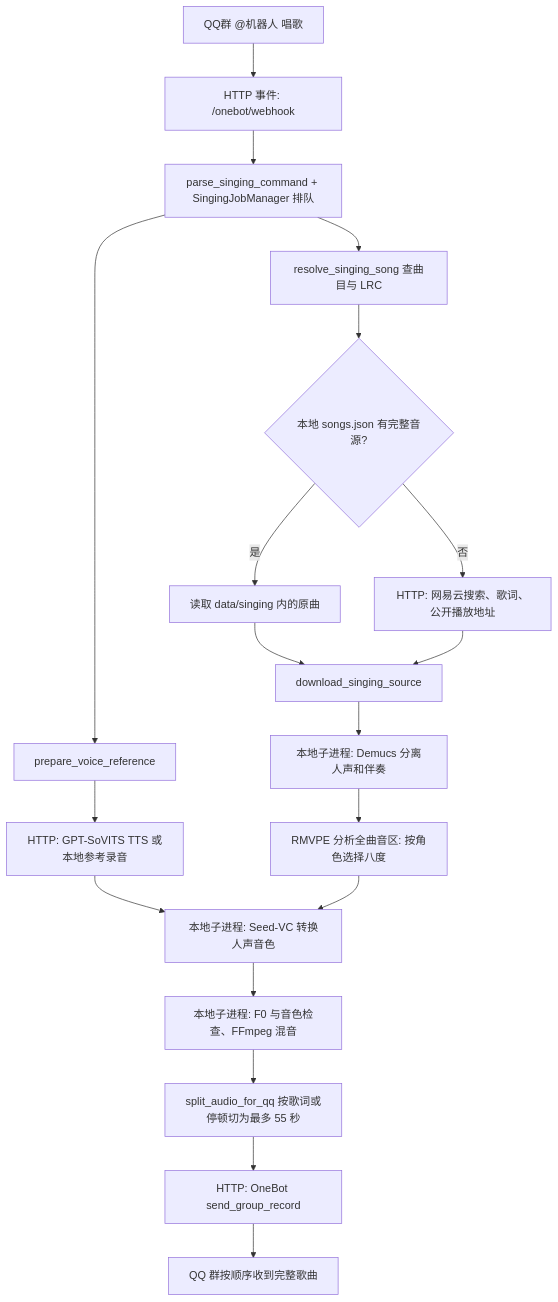
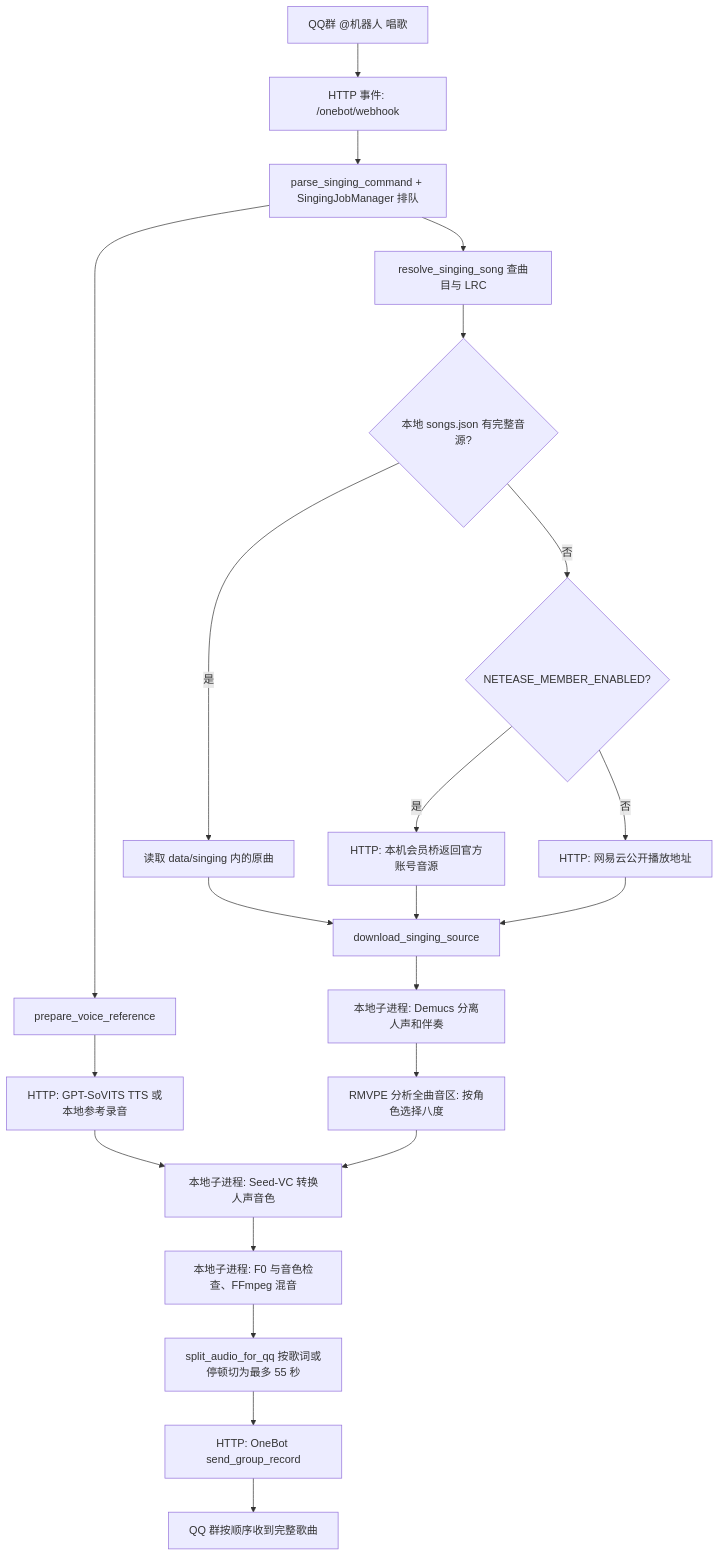
One commit to jiuxiansheng1111/qq-chat-robot changed the diagram in docs/SINGING.md. Above: the diagram before and after it, drawn with Mermaid. The commit also changed other lines of this file and 19 other files, not shown here.

````diff
--- a/docs/SINGING.md
+++ b/docs/SINGING.md
@@ -9,21 +9,24 @@
 ```mermaid
 flowchart TD
     A[QQ群 @机器人 唱歌] --> B[HTTP 事件: /onebot/webhook]
     B --> C[parse_singing_command + SingingJobManager 排队]
     C --> D[resolve_singing_song 查曲目与 LRC]
     D --> E{本地 songs.json 有完整音源?}
     E -- 是 --> F[读取 data/singing 内的原曲]
-    E -- 否 --> G[HTTP: 网易云搜索、歌词、公开播放地址]
-    F --> H[download_singing_source]
-    G --> H
-    C --> I[prepare_voice_reference]
-    I --> J[HTTP: GPT-SoVITS TTS 或本地参考录音]
-    H --> K[本地子进程: Demucs 分离人声和伴奏]
-    J --> L[本地子进程: Seed-VC 转换人声音色]
-    K --> Q[RMVPE 分析全曲音区: 按角色选择八度]
-    Q --> L
-    L --> M[本地子进程: F0 与音色检查、FFmpeg 混音]
-    M --> N[split_audio_for_qq 按歌词或停顿切为最多 55 秒]
-    N --> O[HTTP: OneBot send_group_record]
-    O --> P[QQ 群按顺序收到完整歌曲]
+    E -- 否 --> G{NETEASE_MEMBER_ENABLED?}
+    G -- 是 --> H[HTTP: 本机会员桥返回官方账号音源]
+    G -- 否 --> I[HTTP: 网易云公开播放地址]
+    F --> J[download_singing_source]
+    H --> J
+    I --> J
+    C --> K[prepare_voice_reference]
+    K --> L[HTTP: GPT-SoVITS TTS 或本地参考录音]
+    J --> M[本地子进程: Demucs 分离人声和伴奏]
+    L --> N[本地子进程: Seed-VC 转换人声音色]
+    M --> Q[RMVPE 分析全曲音区: 按角色选择八度]
+    Q --> N
+    N --> O[本地子进程: F0 与音色检查、FFmpeg 混音]
+    O --> P[split_audio_for_qq 按歌词或停顿切为最多 55 秒]
+    P --> R[HTTP: OneBot send_group_record]
+    R --> S[QQ 群按顺序收到完整歌曲]
 ```
````
